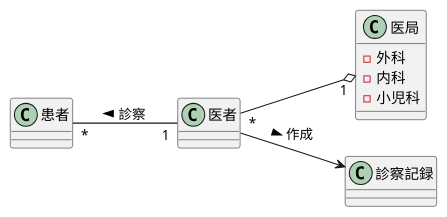
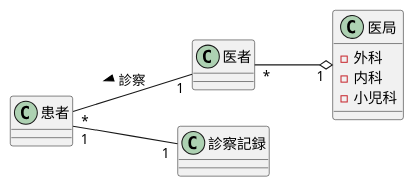
Before and after one commit to Raiki215/uml-introduction: the diagram in 演習3-2_CL_医師と患者と医局と診療記録.pu, drawn with PlantUML.

Commit message:
演習3-2やり直し

```diff
--- a/演習3-2_CL_医師と患者と医局と診療記録.pu
+++ b/演習3-2_CL_医師と患者と医局と診療記録.pu
@@ -1,18 +1,18 @@
 @startuml 演習３－２
 left to right direction
 class 医者{
 }
 class 患者{
 }
 class 医局{
     -外科
     -内科
     -小児科
 }
 class 診察記録{
 
 }
 患者"*" -- "1"医者 : 診察 <
 医者"*" --o "1"医局
-医者 --> 診察記録 : 作成 > 
+患者"1" -- "1"診察記録 
 @enduml
```
